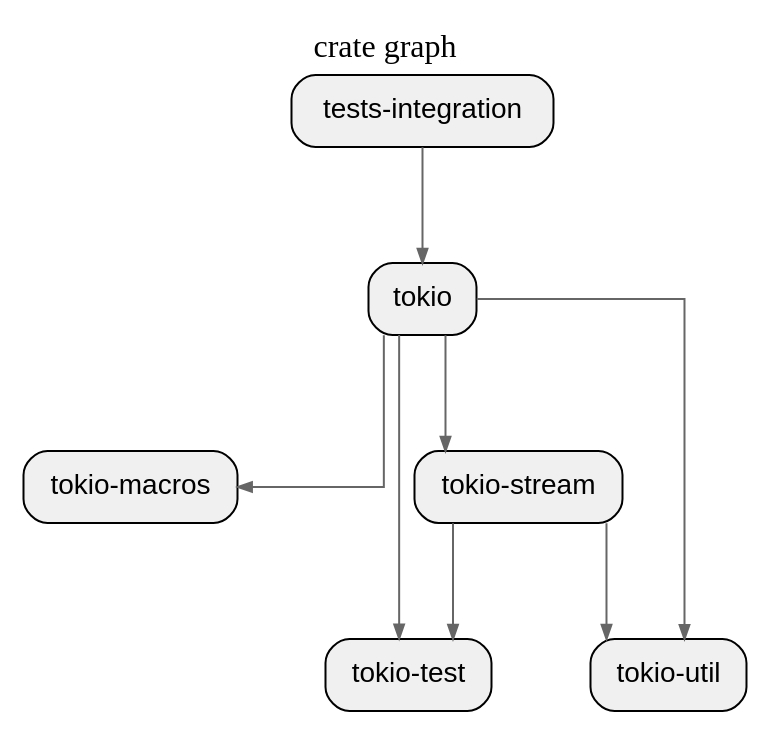
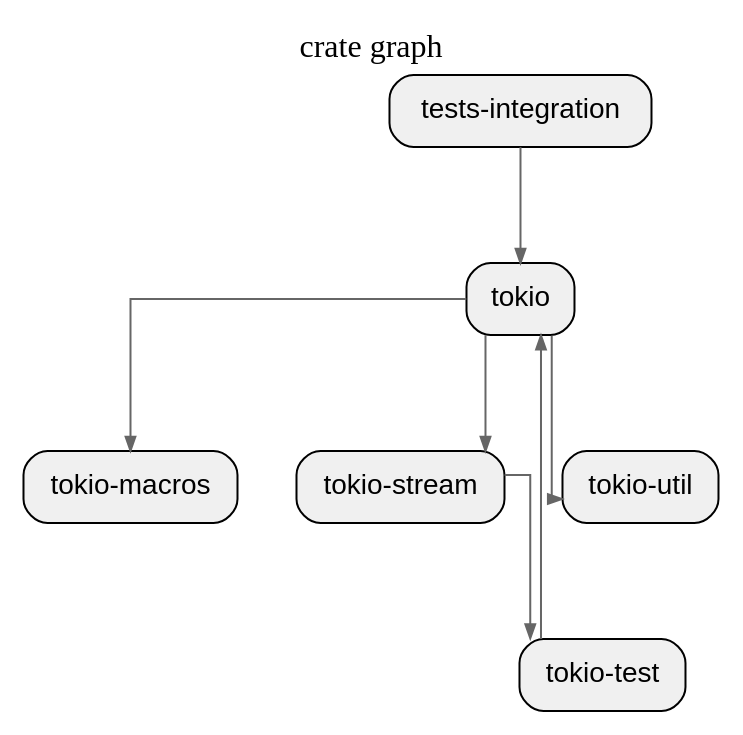
One commit to allenanswerzq/llmcc changed the diagram in sample/tokio/depth_1_crate.dot. Above: the diagram before and after it, drawn with Graphviz. The commit also changed 165 other files, not shown here.

```diff
--- a/sample/tokio/depth_1_crate.dot
+++ b/sample/tokio/depth_1_crate.dot
@@ -1,31 +1,30 @@
 digraph architecture {
   // Layout settings
   rankdir=TB;
   ranksep=0.8;
   nodesep=0.4;
   splines=ortho;
   concentrate=true;
 
   node [shape=box, style="rounded,filled", fillcolor="#f0f0f0", fontname="Helvetica"];
   edge [color="#666666", arrowsize=0.7];
 
   label="crate graph";
   labelloc=t;
   fontsize=16;
   fontname="Helvetica Bold";
 
   crate_tests_integration[label="tests-integration"];
   crate_tokio[label="tokio"];
   crate_tokio_macros[label="tokio-macros"];
   crate_tokio_stream[label="tokio-stream"];
   crate_tokio_test[label="tokio-test"];
   crate_tokio_util[label="tokio-util"];
 
   crate_tests_integration -> crate_tokio;
   crate_tokio -> crate_tokio_macros;
   crate_tokio -> crate_tokio_stream;
-  crate_tokio -> crate_tokio_test;
   crate_tokio -> crate_tokio_util;
   crate_tokio_stream -> crate_tokio_test;
-  crate_tokio_stream -> crate_tokio_util;
+  crate_tokio_test -> crate_tokio;
 }
```
